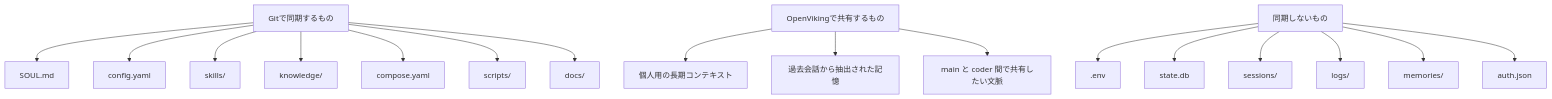
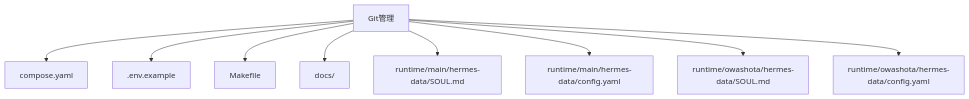
The third of 4 diagrams in docs/architecture.md (ktakahiro150397/backup-secretary), drawn with Mermaid before and after one commit. The commit also changed other lines of this file and 54 other files, not shown here.

````diff
--- a/docs/architecture.md
+++ b/docs/architecture.md
@@ -62,21 +43,11 @@
 ```mermaid
 flowchart TD
-    A[Gitで同期するもの] --> A1[SOUL.md]
-    A --> A2[config.yaml]
-    A --> A3[skills/]
-    A --> A4[knowledge/]
-    A --> A5[compose.yaml]
-    A --> A6[scripts/]
-    A --> A7[docs/]
-
-    B[OpenVikingで共有するもの] --> B1[個人用の長期コンテキスト]
-    B --> B2[過去会話から抽出された記憶]
-    B --> B3[main と coder 間で共有したい文脈]
-
-    C[同期しないもの] --> C1[.env]
-    C --> C2[state.db]
-    C --> C3[sessions/]
-    C --> C4[logs/]
-    C --> C5[memories/]
-    C --> C6[auth.json]
+    G[Git管理] --> C[compose.yaml]
+    G --> E[.env.example]
+    G --> M[Makefile]
+    G --> D[docs/]
+    G --> S1[runtime/main/hermes-data/SOUL.md]
+    G --> C1[runtime/main/hermes-data/config.yaml]
+    G --> S2[runtime/owashota/hermes-data/SOUL.md]
+    G --> C2[runtime/owashota/hermes-data/config.yaml]
 ```
````
